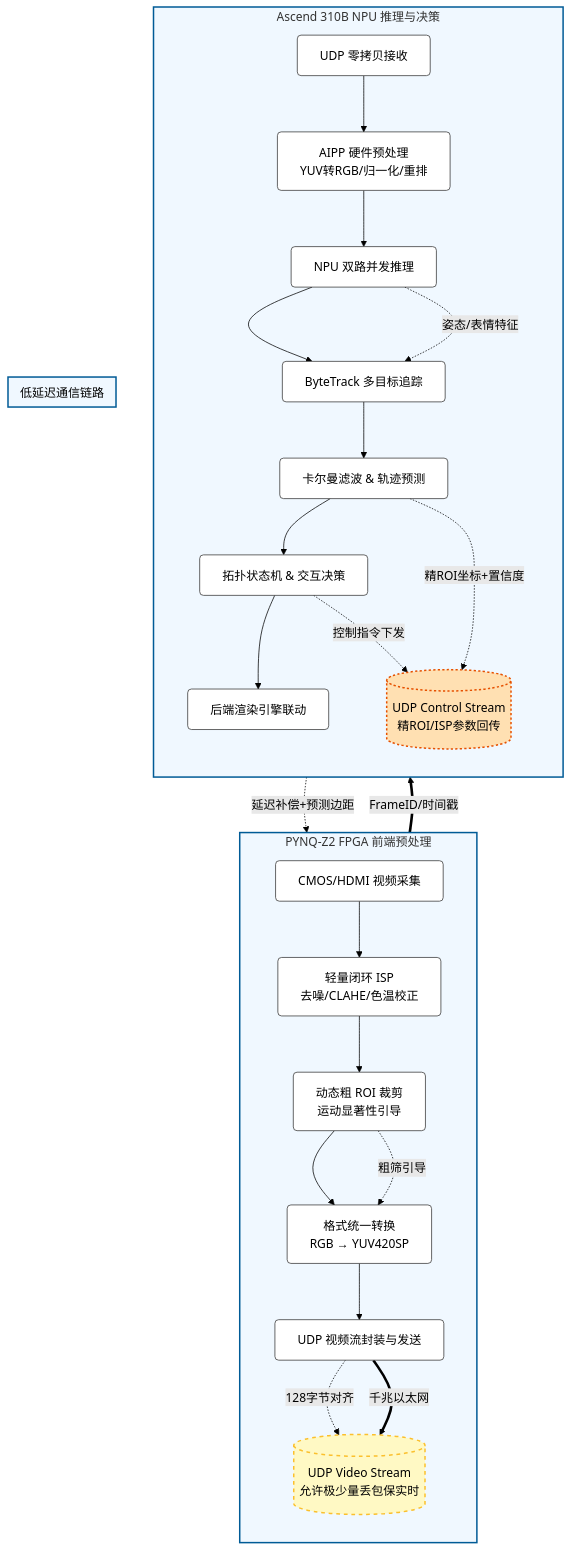
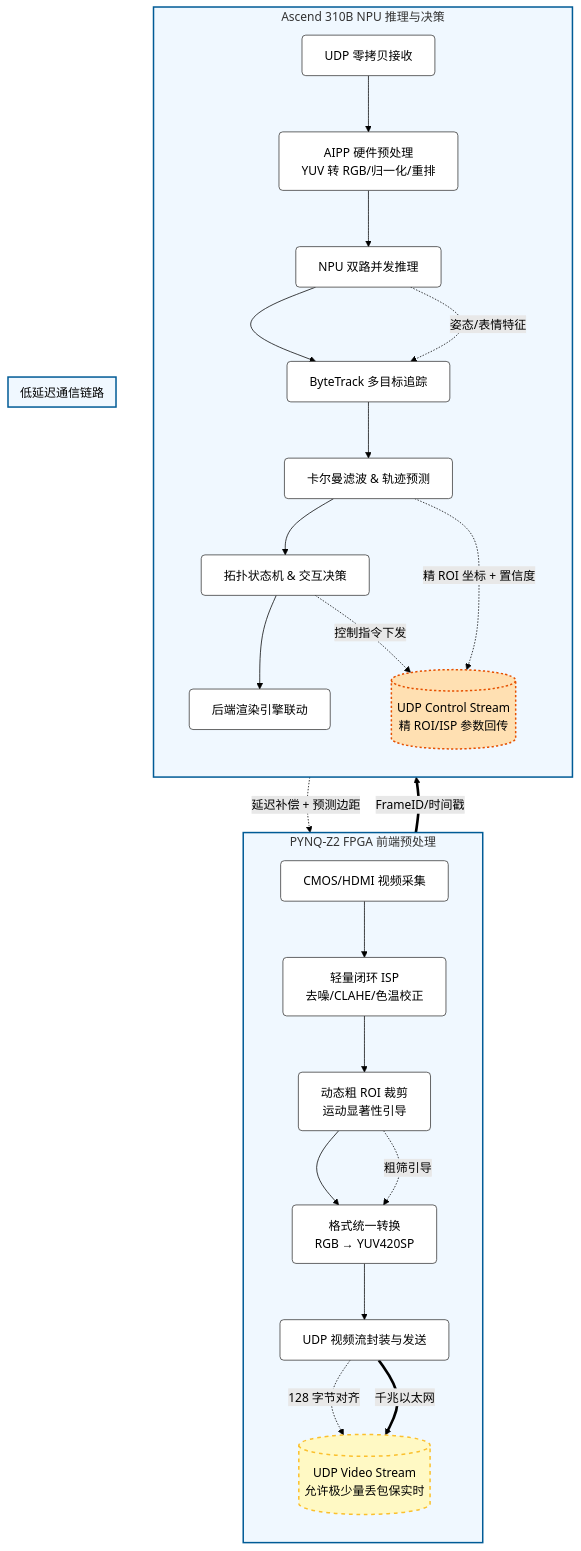
Before and after one commit to wanone111/ciciec_ascend: the diagram in docs/报告.md, drawn with Mermaid (forest theme). The commit also changed other lines of this file and 1 other file, not shown here.

````diff
--- a/docs/报告.md
+++ b/docs/报告.md
@@ -11,52 +151,47 @@
 ```mermaid
 flowchart TD
     %% 样式定义
     classDef hardware fill:#f0f8ff,stroke:#005b96,stroke-width:2px;
     classDef module fill:#ffffff,stroke:#333,stroke-width:1px,rx:5px,ry:5px;
     classDef network fill:#fff9c4,stroke:#fbc02d,stroke-width:2px,stroke-dasharray: 5 5;
     classDef control fill:#ffe0b2,stroke:#e65100,stroke-width:2px,stroke-dasharray: 3 3;
-
     %% 硬件节点
     subgraph PYNQ_Z2 [PYNQ-Z2 FPGA 前端预处理]
         direction TB
         Cam[CMOS/HDMI 视频采集] --> ISP[轻量闭环 ISP<br>去噪/CLAHE/色温校正]
         ISP --> CoarseROI[动态粗 ROI 裁剪<br>运动显著性引导]
         CoarseROI --> Format[格式统一转换<br>RGB → YUV420SP]
         Format --> UDPSend[UDP 视频流封装与发送]
         
         CoarseROI -.-> |粗筛引导| Format
-        UDPSend -.-> |128字节对齐| NetLink
+        UDPSend -.-> |128 字节对齐| NetLink
     end
-
     subgraph Ascend_310B [Ascend 310B NPU 推理与决策]
         direction TB
-        UDPRecv[UDP 零拷贝接收] --> AIPP[AIPP 硬件预处理<br>YUV转RGB/归一化/重排]
+        UDPRecv[UDP 零拷贝接收] --> AIPP[AIPP 硬件预处理<br>YUV 转 RGB/归一化/重排]
         AIPP --> NPU[NPU 双路并发推理]
         NPU --> MOT[ByteTrack 多目标追踪]
         MOT --> Kalman[卡尔曼滤波 & 轨迹预测]
         Kalman --> Decision[拓扑状态机 & 交互决策]
         Decision --> Backend[后端渲染引擎联动]
         
         NPU -.-> |姿态/表情特征| MOT
-        Kalman -.-> |精ROI坐标+置信度| CtrlStream
+        Kalman -.-> |精 ROI 坐标 + 置信度| CtrlStream
     end
-
     %% 通信链路
     subgraph Network [低延迟通信链路]
         direction LR
         NetLink[(UDP Video Stream<br>允许极少量丢包保实时)]
-        CtrlStream[(UDP Control Stream<br>精ROI/ISP参数回传)]
+        CtrlStream[(UDP Control Stream<br>精 ROI/ISP 参数回传)]
     end
-
     %% 核心数据交互连线
     UDPSend ==> |千兆以太网| NetLink
     NetLink ==> |FrameID/时间戳| UDPRecv
     Decision -.-> |控制指令下发| CtrlStream
-    CtrlStream -.-> |延迟补偿+预测边距| CoarseROI
-
+    CtrlStream -.-> |延迟补偿 + 预测边距| CoarseROI
     %% 应用样式
     class PYNQ_Z2,Ascend_310B,Network hardware;
     class Cam,ISP,CoarseROI,Format,UDPSend,UDPRecv,AIPP,NPU,MOT,Kalman,Decision,Backend module;
     class NetLink network;
     class CtrlStream control;
 ```
````
